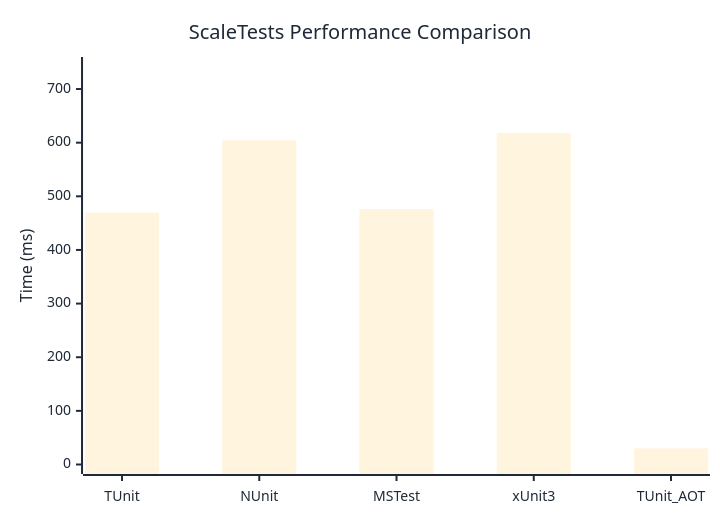
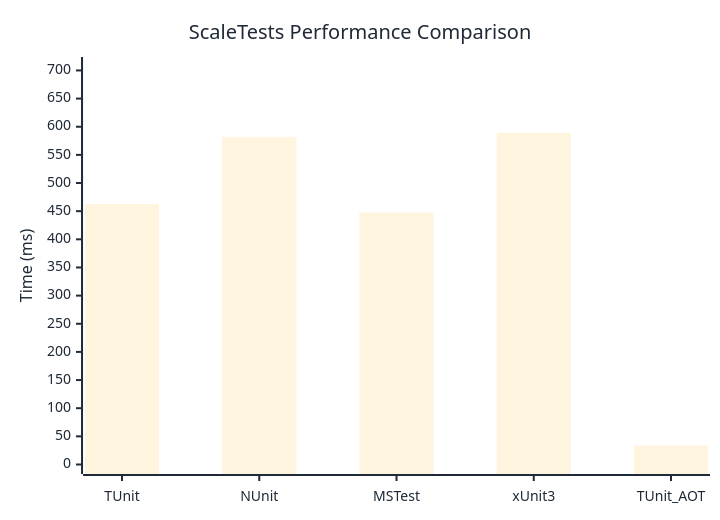
The diagram in docs/docs/benchmarks/ScaleTests.md (thomhurst/TUnit), drawn with Mermaid before and after one commit. The commit also changed other lines of this file and 17 other files, not shown here.

````diff
--- a/docs/docs/benchmarks/ScaleTests.md
+++ b/docs/docs/benchmarks/ScaleTests.md
@@ -27,37 +27,37 @@
 ```mermaid
 %%{init: {
   'theme':'base',
   'themeVariables': {
     'primaryColor': '#2563eb',
     'primaryTextColor': '#1f2937',
     'primaryBorderColor': '#1e40af',
     'lineColor': '#6b7280',
     'secondaryColor': '#7c3aed',
     'tertiaryColor': '#dc2626',
     'background': '#ffffff',
     'mainBkg': '#2563eb',
     'secondBkg': '#7c3aed',
     'tertiaryBkg': '#dc2626',
     'clusterBkg': '#f3f4f6',
     'edgeLabelBackground': '#ffffff',
     'tertiaryTextColor': '#1f2937',
     'pie1': '#2563eb',
     'pie2': '#7c3aed',
     'pie3': '#dc2626',
     'pie4': '#f59e0b',
     'pie5': '#10b981',
     'pie6': '#06b6d4',
     'pie7': '#ec4899',
     'pie8': '#6366f1',
     'pie9': '#84cc16',
     'pie10': '#f97316',
     'pie11': '#14b8a6',
     'pie12': '#a855f7'
   }
 }}%%
 xychart-beta
   title "ScaleTests Performance Comparison"
   x-axis ["TUnit", "NUnit", "MSTest", "xUnit3", "TUnit_AOT"]
-  y-axis "Time (ms)" 0 --> 742
-  bar [469.74, 604.4, 476.13, 618.17, 30.04]
+  y-axis "Time (ms)" 0 --> 707
+  bar [462.73, 581.91, 447.69, 589.11, 33.68]
 ```
````
